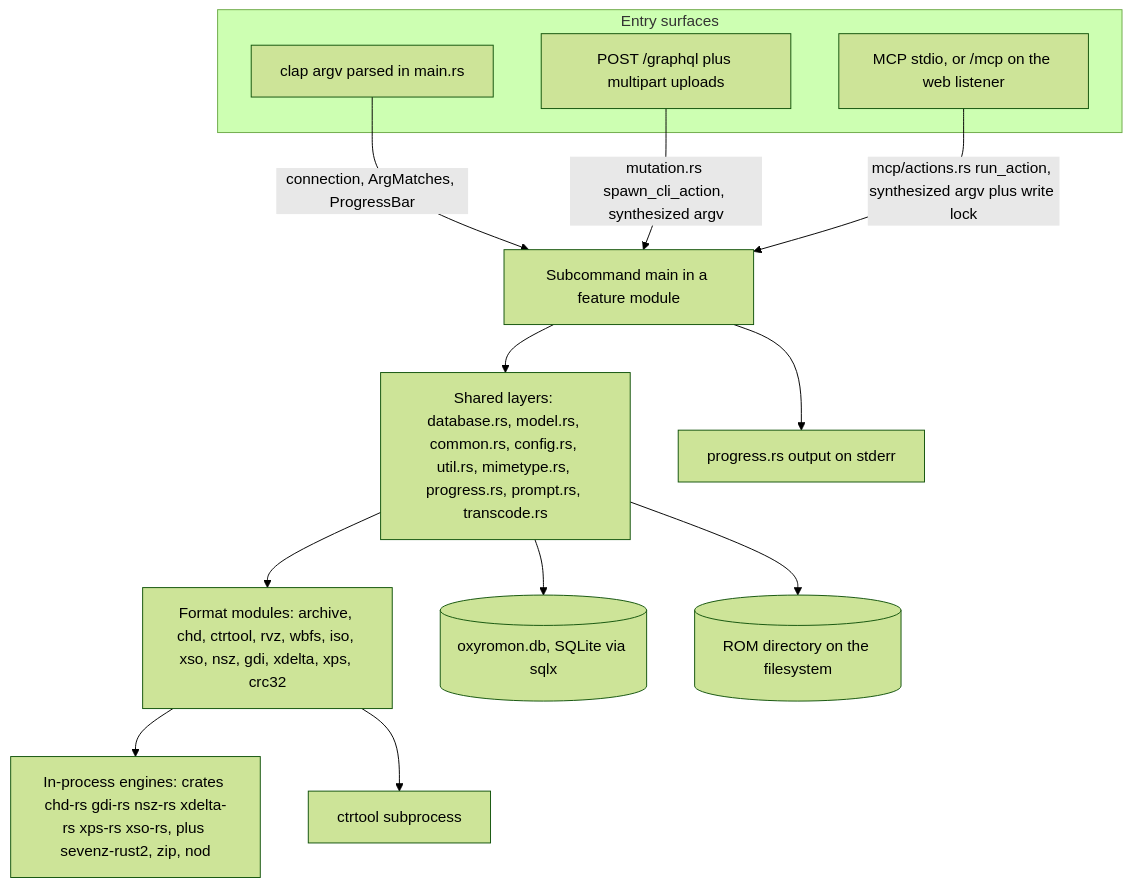
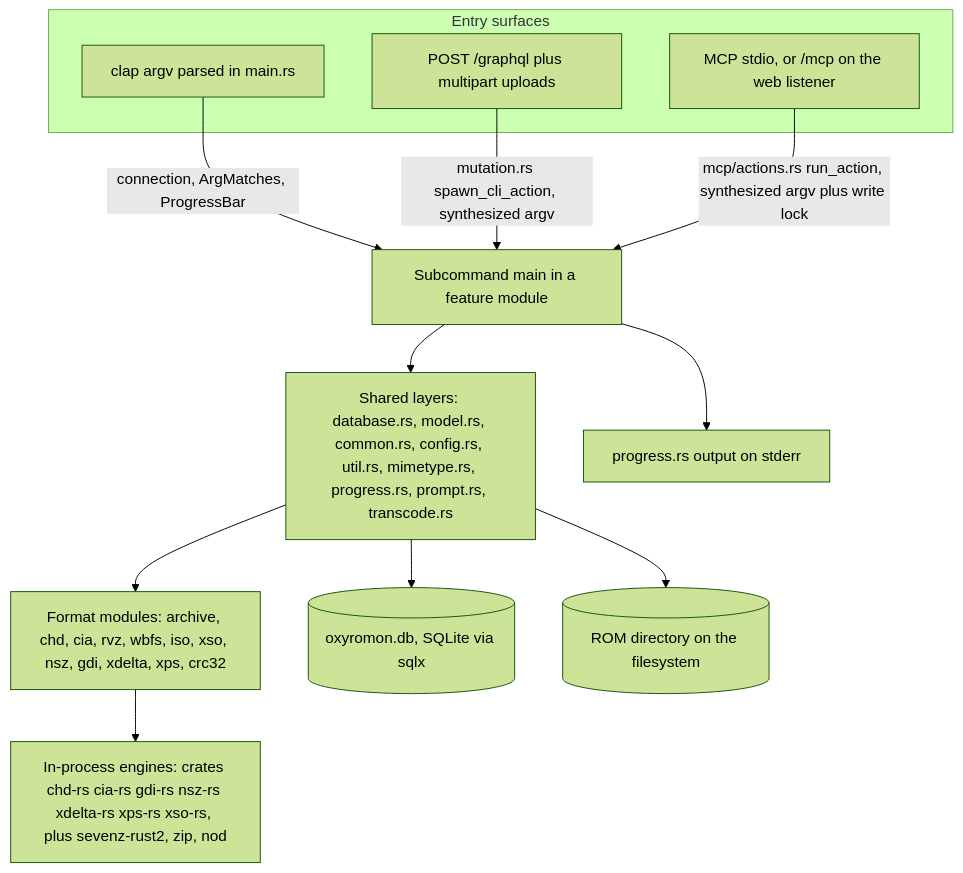
Before and after one commit to alucryd/oxyromon: the first of 2 diagrams in openwiki/architecture/overview.md, drawn with Mermaid (forest theme). The commit also changed other lines of this file and 108 other files, not shown here.

````diff
--- a/openwiki/architecture/overview.md
+++ b/openwiki/architecture/overview.md
@@ -99,20 +99,19 @@
 ```mermaid
 flowchart TD
   subgraph SURFACES["Entry surfaces"]
     CLI["clap argv parsed in main.rs"]
     GQL["POST /graphql plus multipart uploads"]
     MCPC["MCP stdio, or /mcp on the web listener"]
   end
 
   CLI -->|"connection, ArgMatches, ProgressBar"| SUB["Subcommand main in a feature module"]
   GQL -->|"mutation.rs spawn_cli_action, synthesized argv"| SUB
   MCPC -->|"mcp/actions.rs run_action, synthesized argv plus write lock"| SUB
 
   SUB --> SHARED["Shared layers: database.rs, model.rs, common.rs, config.rs, util.rs, mimetype.rs, progress.rs, prompt.rs, transcode.rs"]
-  SHARED --> FMT["Format modules: archive, chd, ctrtool, rvz, wbfs, iso, xso, nsz, gdi, xdelta, xps, crc32"]
-  FMT --> CRATES["In-process engines: crates chd-rs gdi-rs nsz-rs xdelta-rs xps-rs xso-rs, plus sevenz-rust2, zip, nod"]
-  FMT --> EXT["ctrtool subprocess"]
+  SHARED --> FMT["Format modules: archive, chd, cia, rvz, wbfs, iso, xso, nsz, gdi, xdelta, xps, crc32"]
+  FMT --> CRATES["In-process engines: crates chd-rs cia-rs gdi-rs nsz-rs xdelta-rs xps-rs xso-rs, plus sevenz-rust2, zip, nod"]
   SHARED --> SQLITE[("oxyromon.db, SQLite via sqlx")]
   SHARED --> DISK[("ROM directory on the filesystem")]
   SUB --> PROG["progress.rs output on stderr"]
 ```
````
